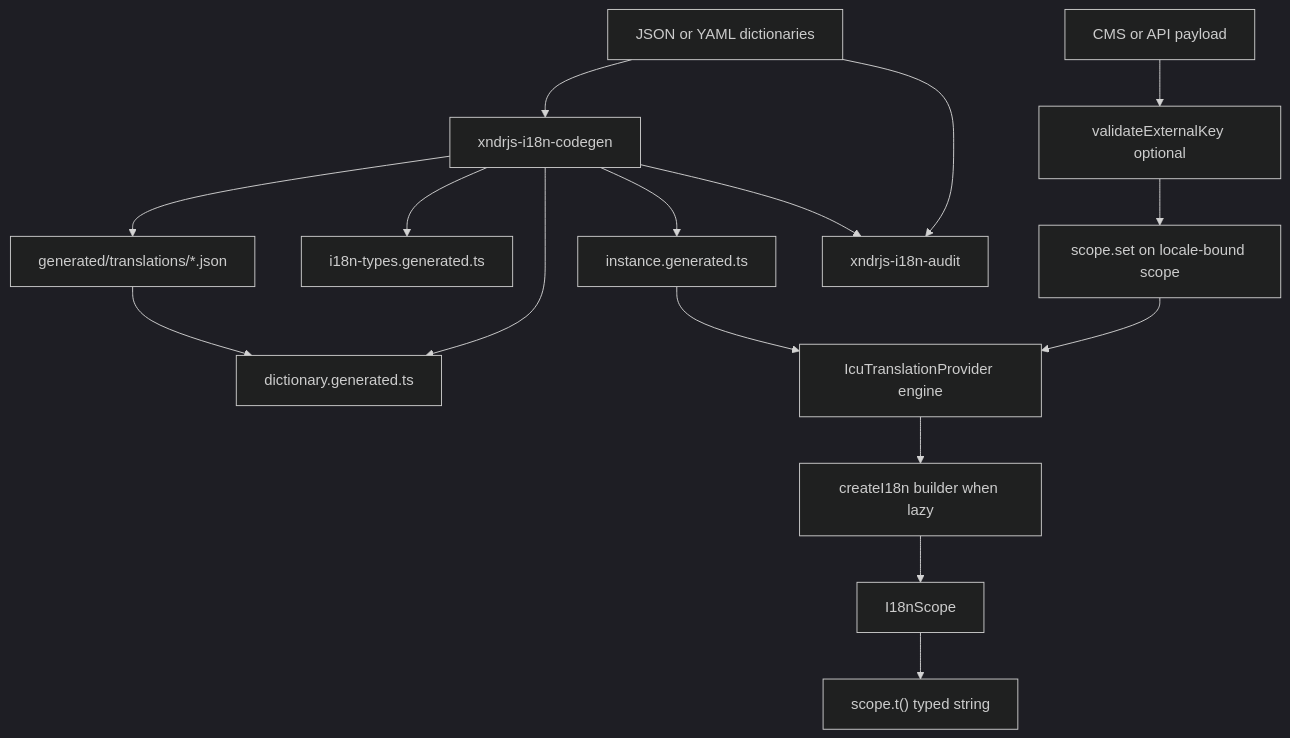
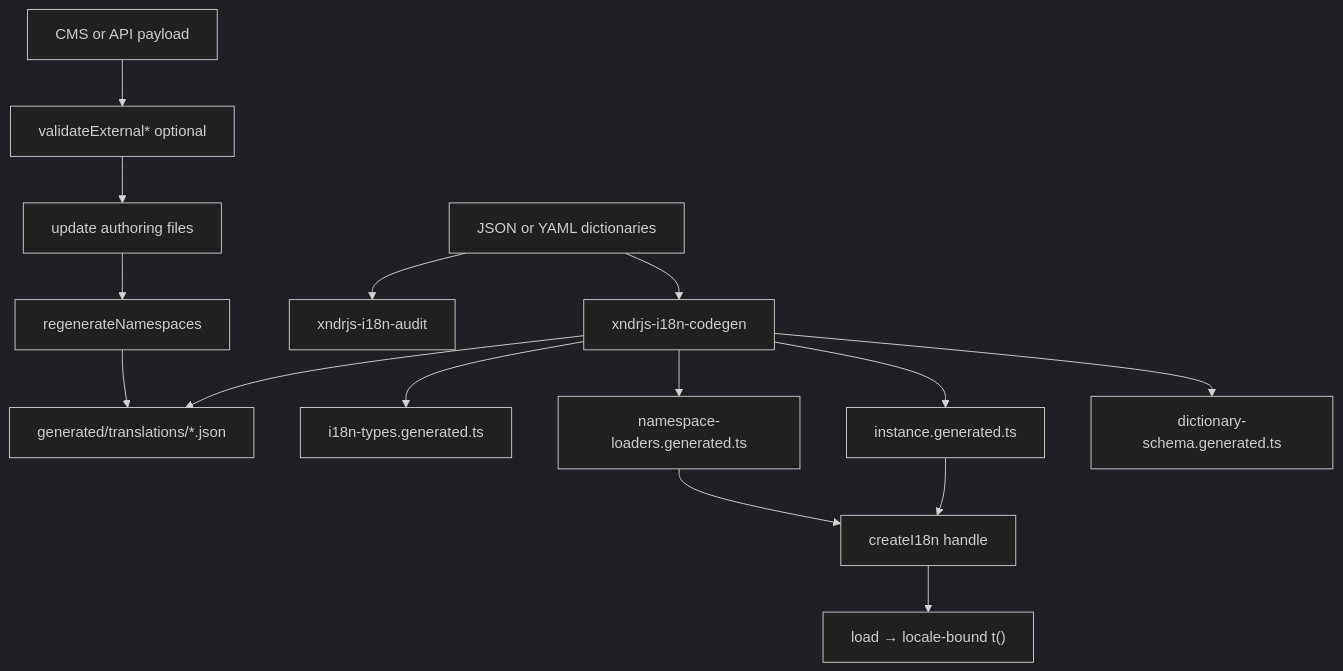
The diagram in apps/xndrjs-documentation/src/content/docs/v0/infrastructure/i18n/index.md (xndrjs/toolkit), drawn with Mermaid (dark theme) before and after one commit. The commit also changed other lines of this file and 15 other files, not shown here.

````diff
--- a/apps/xndrjs-documentation/src/content/docs/v0/infrastructure/i18n/index.md
+++ b/apps/xndrjs-documentation/src/content/docs/v0/infrastructure/i18n/index.md
@@ -10,18 +12,17 @@
 ```mermaid
 flowchart TD
   sources[JSON or YAML dictionaries] --> codegen[xndrjs-i18n-codegen]
   codegen --> compiled[generated/translations/*.json]
   codegen --> types[i18n-types.generated.ts]
-  codegen --> dict[dictionary.generated.ts]
+  codegen --> loaders[namespace-loaders.generated.ts]
   codegen --> factory[instance.generated.ts]
+  codegen --> schema[dictionary-schema.generated.ts]
   sources --> audit[xndrjs-i18n-audit]
-  codegen --> audit
-  compiled --> dict
-  factory --> engine[IcuTranslationProvider engine]
-  CMS[CMS or API payload] --> validate[validateExternalKey optional]
-  validate --> set[scope.set on locale-bound scope]
-  engine --> builder[createI18n builder when lazy]
-  builder --> scope[I18nScope]
-  set --> engine
-  scope --> t["scope.t() typed string"]
+  CMS[CMS or API payload] --> validate[validateExternal* optional]
+  validate --> authoring[update authoring files]
+  authoring --> regen[regenerateNamespaces]
+  regen --> compiled
+  factory --> handle[createI18n handle]
+  loaders --> handle
+  handle --> scope["load → locale-bound t()"]
 ```
````
